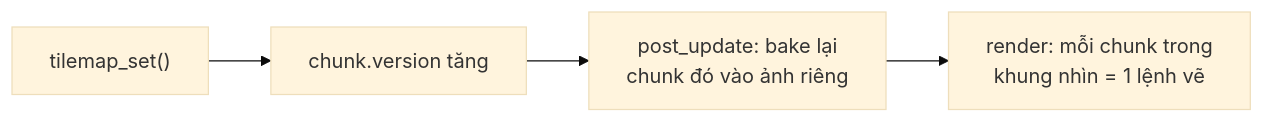
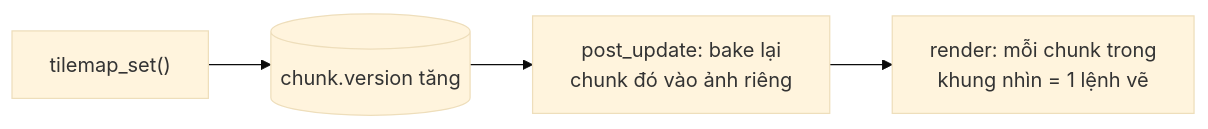
One commit to tptindev/njin changed the diagram in docs/pages/tilemap.md. Above: the diagram before and after it, drawn with Mermaid (base theme). The commit also changed 5 other files, not shown here.

First line of the commit message:
Colour the wiki diagrams and follow the page's light/dark mode

````diff
--- a/docs/pages/tilemap.md
+++ b/docs/pages/tilemap.md
@@ -25,6 +25,6 @@
 ```mermaid
 flowchart LR
-  S["tilemap_set()"] --> C["chunk.version tăng"]
-  C --> B["post_update: bake lại<br/>chunk đó vào ảnh riêng"]
-  B --> D["render: mỗi chunk trong<br/>khung nhìn = 1 lệnh vẽ"]
+  S["tilemap_set()"]:::api --> C[("chunk.version tăng")]:::data
+  C --> B["post_update: bake lại<br/>chunk đó vào ảnh riêng"]:::update
+  B --> D["render: mỗi chunk trong<br/>khung nhìn = 1 lệnh vẽ"]:::render
 ```
````
